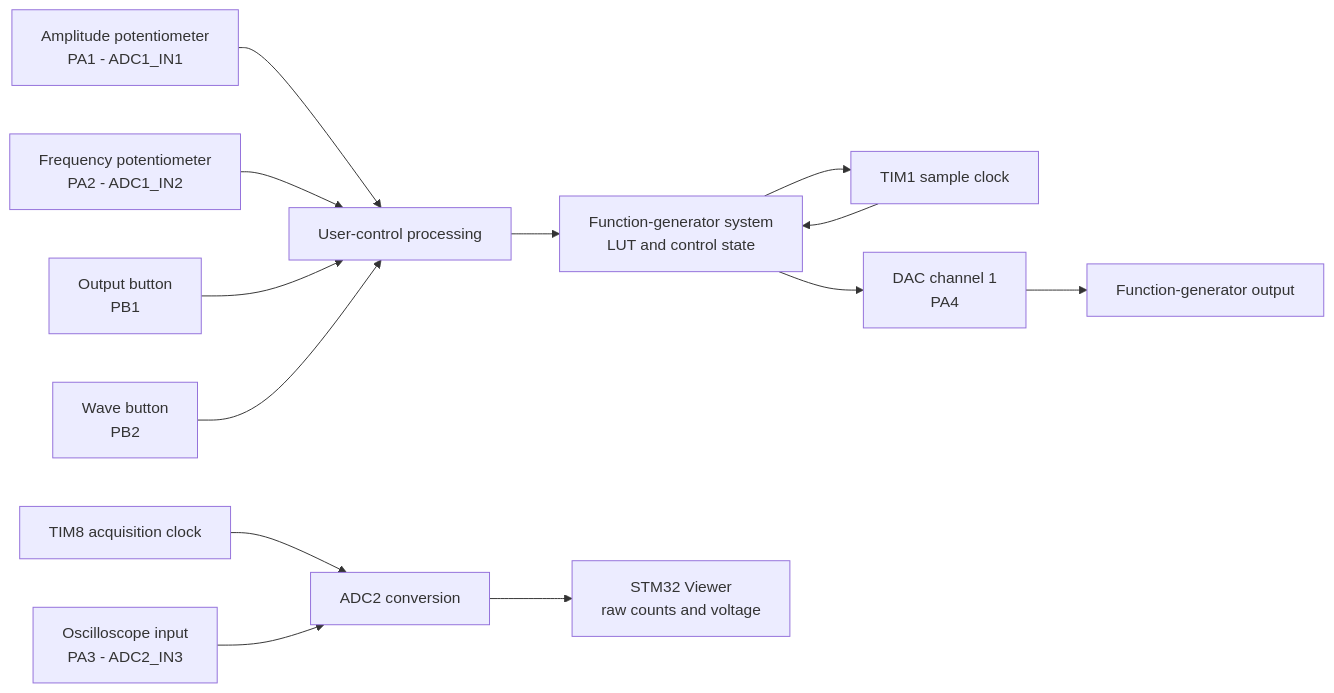
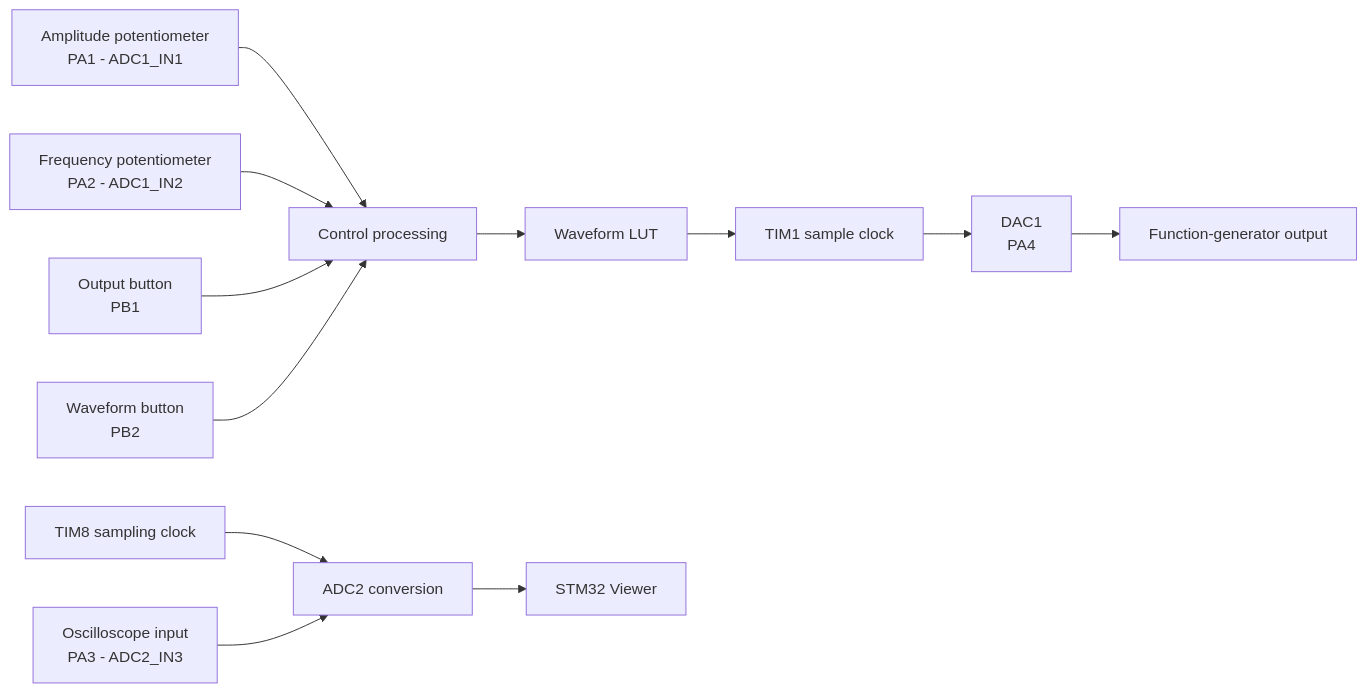
The first of 6 diagrams in README.md (MusaabTaha/EduScope), drawn with Mermaid before and after one commit. The commit also changed other lines of this file, not shown here.

````diff
--- a/README.md
+++ b/README.md
@@ -88,32 +104,31 @@
 ```mermaid
 flowchart LR
-    AMP[Amplitude potentiometer\nPA1 - ADC1_IN1]
-    FREQ[Frequency potentiometer\nPA2 - ADC1_IN2]
-    BTN1[Output button\nPB1]
-    BTN2[Wave button\nPB2]
+    AMP[Amplitude potentiometer<br>PA1 - ADC1_IN1]
+    FREQ[Frequency potentiometer<br>PA2 - ADC1_IN2]
+    BTN1[Output button<br>PB1]
+    BTN2[Waveform button<br>PB2]
 
-    CTRL[User-control processing]
-    AWG[Function-generator system\nLUT and control state]
+    CTRL[Control processing]
+    LUT[Waveform LUT]
     TIM1[TIM1 sample clock]
-    DAC[DAC channel 1\nPA4]
+    DAC[DAC1<br>PA4]
     OUT[Function-generator output]
 
-    IN[Oscilloscope input\nPA3 - ADC2_IN3]
-    TIM8[TIM8 acquisition clock]
+    IN[Oscilloscope input<br>PA3 - ADC2_IN3]
+    TIM8[TIM8 sampling clock]
     ADC2[ADC2 conversion]
-    VIEW[STM32 Viewer\nraw counts and voltage]
+    VIEW[STM32 Viewer]
 
     AMP --> CTRL
     FREQ --> CTRL
     BTN1 --> CTRL
     BTN2 --> CTRL
-    CTRL --> AWG
-    AWG --> TIM1
-    TIM1 --> AWG
-    AWG --> DAC
+    CTRL --> LUT
+    LUT --> TIM1
+    TIM1 --> DAC
     DAC --> OUT
 
     TIM8 --> ADC2
     IN --> ADC2
     ADC2 --> VIEW
 ```
````
